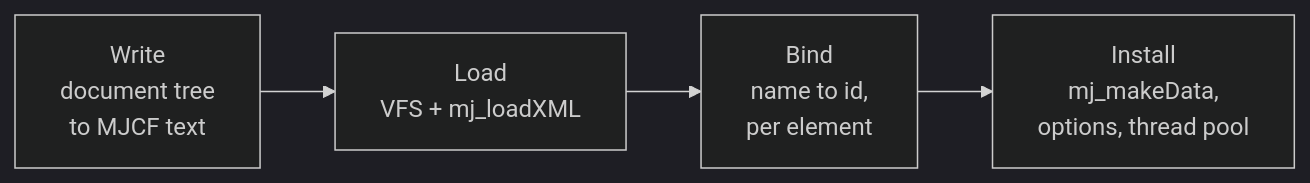
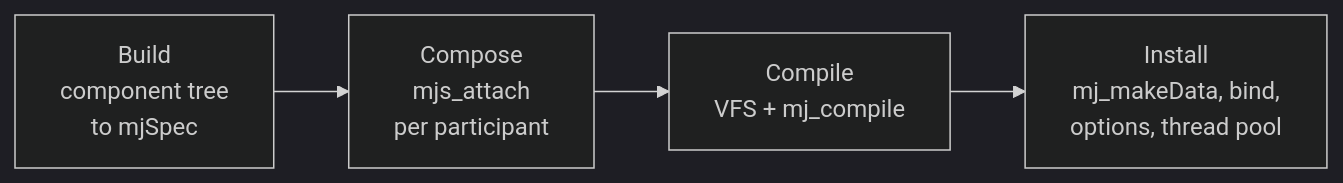
The second of 3 diagrams in docs/concepts/architecture.md (URLab-Sim/UnrealRoboticsLab), drawn with Mermaid (dark theme) before and after one commit. The commit also changed other lines of this file and 69 other files, not shown here.

````diff
--- a/docs/concepts/architecture.md
+++ b/docs/concepts/architecture.md
@@ -48,8 +43,8 @@
 ```mermaid
 flowchart LR
-    Write["Write<br/>document tree<br/>to MJCF text"]
-    Load["Load<br/>VFS + mj_loadXML"]
-    Bind["Bind<br/>name to id,<br/>per element"]
-    Inst["Install<br/>mj_makeData,<br/>options, thread pool"]
-    Write --> Load --> Bind --> Inst
+    Build["Build<br/>component tree<br/>to mjSpec"]
+    Compose["Compose<br/>mjs_attach<br/>per participant"]
+    Compile["Compile<br/>VFS + mj_compile"]
+    Inst["Install<br/>mj_makeData, bind,<br/>options, thread pool"]
+    Build --> Compose --> Compile --> Inst
 ```
````
